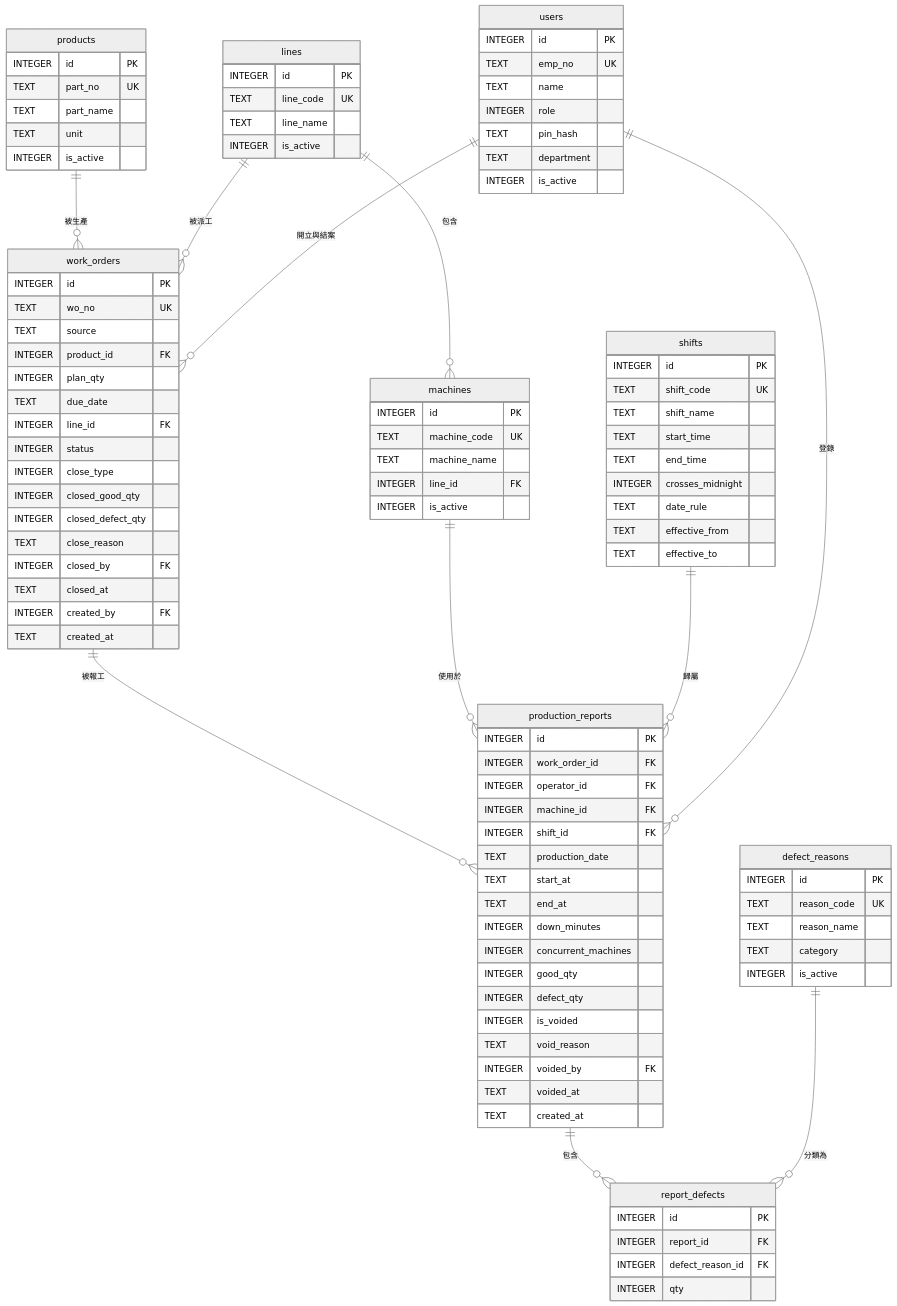
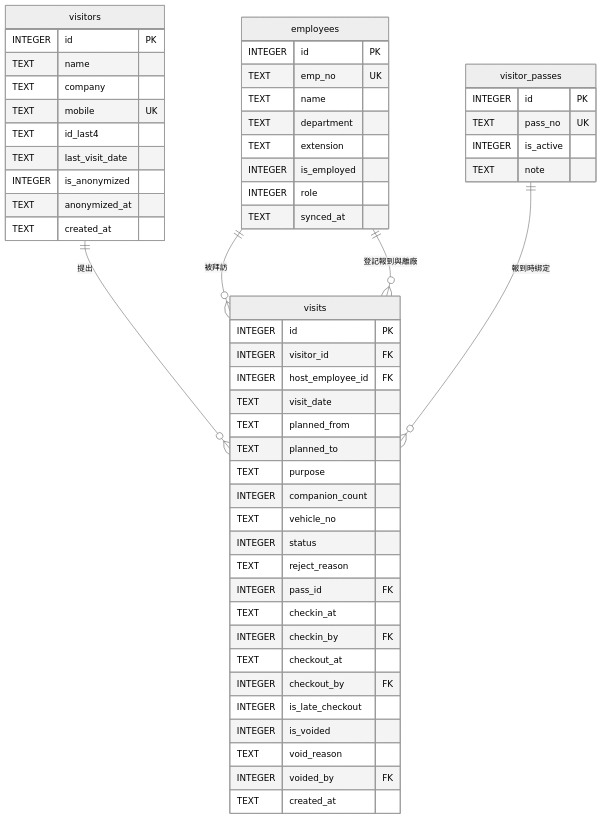
One commit to billy1125/system-analysis-and-design changed the eighth of 9 diagrams in 03-example-reports/Design-Phase-Deliverables.md. Above: the diagram before and after it, drawn with Mermaid (neutral theme). The commit also changed other lines of this file and 30 other files, not shown here.

````diff
--- a/03-example-reports/Design-Phase-Deliverables.md
+++ b/03-example-reports/Design-Phase-Deliverables.md
@@ -933,104 +895,58 @@
 ```mermaid
 erDiagram
-    products ||--o{ work_orders : "被生產"
-    lines ||--o{ work_orders : "被派工"
-    lines ||--o{ machines : "包含"
-    work_orders ||--o{ production_reports : "被報工"
-    machines ||--o{ production_reports : "使用於"
-    shifts ||--o{ production_reports : "歸屬"
-    users ||--o{ production_reports : "登錄"
-    users ||--o{ work_orders : "開立與結案"
-    production_reports ||--o{ report_defects : "包含"
-    defect_reasons ||--o{ report_defects : "分類為"
+    visitors ||--o{ visits : "提出"
+    employees ||--o{ visits : "被拜訪"
+    visitor_passes ||--o{ visits : "報到時綁定"
+    employees ||--o{ visits : "登記報到與離廠"
 
-    work_orders {
+    visitors {
         INTEGER id PK
-        TEXT wo_no UK
-        TEXT source
-        INTEGER product_id FK
-        INTEGER plan_qty
-        TEXT due_date
-        INTEGER line_id FK
-        INTEGER status
-        INTEGER close_type
-        INTEGER closed_good_qty
-        INTEGER closed_defect_qty
-        TEXT close_reason
-        INTEGER closed_by FK
-        TEXT closed_at
-        INTEGER created_by FK
+        TEXT name
+        TEXT company
+        TEXT mobile UK
+        TEXT id_last4
+        TEXT last_visit_date
+        INTEGER is_anonymized
+        TEXT anonymized_at
         TEXT created_at
     }
-    production_reports {
+    visits {
         INTEGER id PK
-        INTEGER work_order_id FK
-        INTEGER operator_id FK
-        INTEGER machine_id FK
-        INTEGER shift_id FK
-        TEXT production_date
-        TEXT start_at
-        TEXT end_at
-        INTEGER down_minutes
-        INTEGER concurrent_machines
-        INTEGER good_qty
-        INTEGER defect_qty
+        INTEGER visitor_id FK
+        INTEGER host_employee_id FK
+        TEXT visit_date
+        TEXT planned_from
+        TEXT planned_to
+        TEXT purpose
+        INTEGER companion_count
+        TEXT vehicle_no
+        INTEGER status
+        TEXT reject_reason
+        INTEGER pass_id FK
+        TEXT checkin_at
+        INTEGER checkin_by FK
+        TEXT checkout_at
+        INTEGER checkout_by FK
+        INTEGER is_late_checkout
         INTEGER is_voided
         TEXT void_reason
         INTEGER voided_by FK
-        TEXT voided_at
         TEXT created_at
     }
-    report_defects {
+    visitor_passes {
         INTEGER id PK
-        INTEGER report_id FK
-        INTEGER defect_reason_id FK
-        INTEGER qty
+        TEXT pass_no UK
+        INTEGER is_active
+        TEXT note
     }
-    products {
-        INTEGER id PK
-        TEXT part_no UK
-        TEXT part_name
-        TEXT unit
-        INTEGER is_active
-    }
-    lines {
-        INTEGER id PK
-        TEXT line_code UK
-        TEXT line_name
-        INTEGER is_active
-    }
-    machines {
-        INTEGER id PK
-        TEXT machine_code UK
-        TEXT machine_name
-        INTEGER line_id FK
-        INTEGER is_active
-    }
-    shifts {
-        INTEGER id PK
-        TEXT shift_code UK
-        TEXT shift_name
-        TEXT start_time
-        TEXT end_time
-        INTEGER crosses_midnight
-        TEXT date_rule
-        TEXT effective_from
-        TEXT effective_to
-    }
-    defect_reasons {
-        INTEGER id PK
-        TEXT reason_code UK
-        TEXT reason_name
-        TEXT category
-        INTEGER is_active
-    }
-    users {
+    employees {
         INTEGER id PK
         TEXT emp_no UK
         TEXT name
+        TEXT department
+        TEXT extension
+        INTEGER is_employed
         INTEGER role
-        TEXT pin_hash
-        TEXT department
-        INTEGER is_active
+        TEXT synced_at
     }
 ```
````
